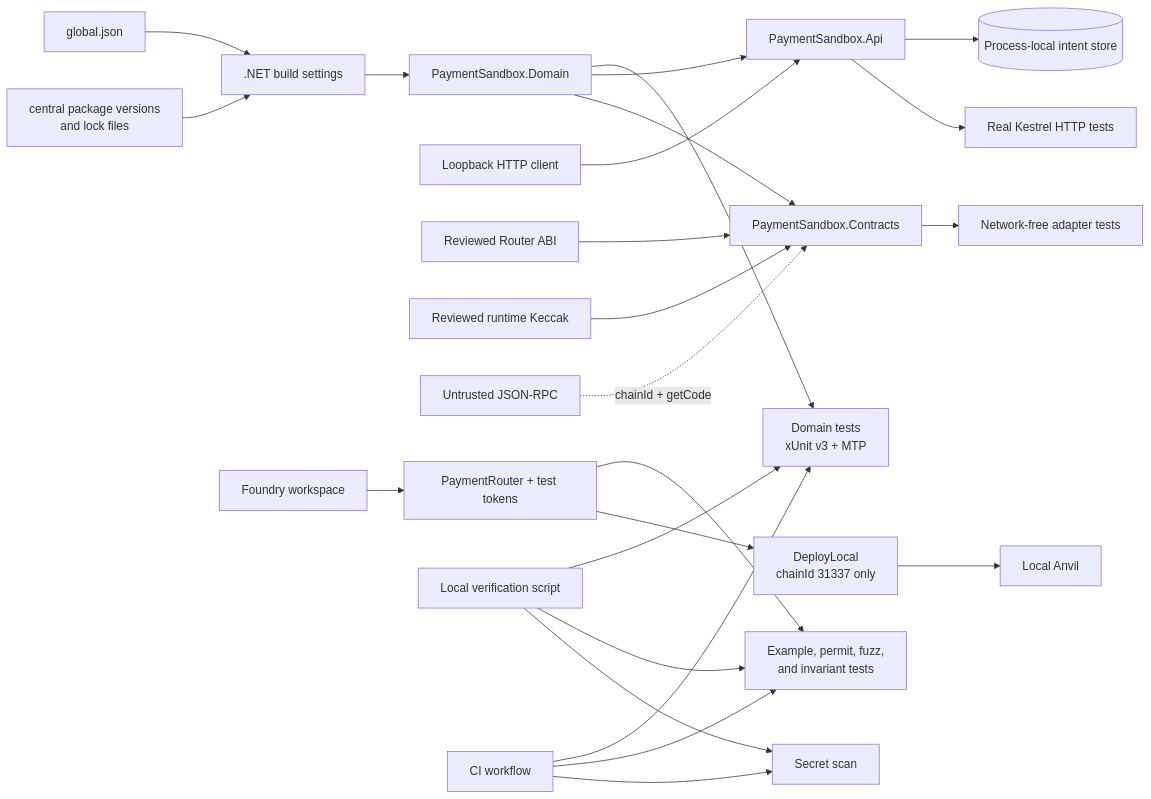
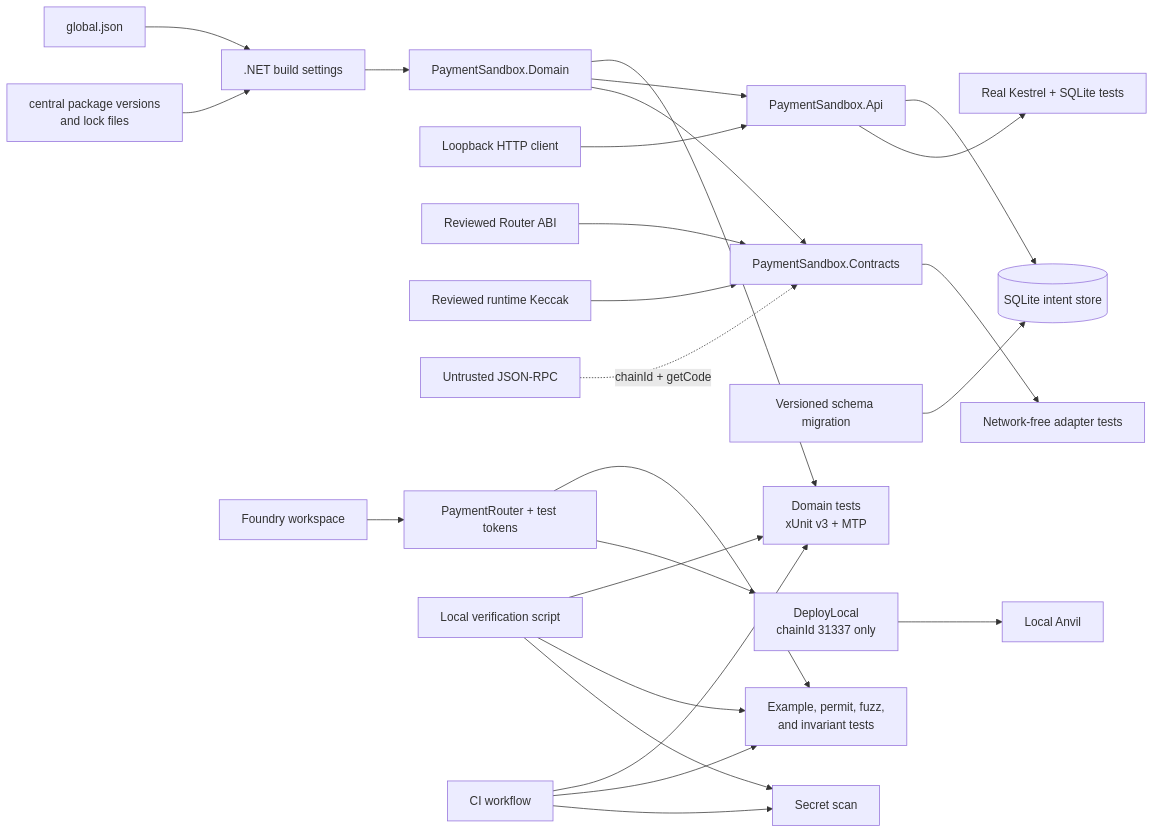
Before and after one commit to xiaocaiisxiaocai/dotnet-evm-payment-sandbox: the first of 2 diagrams in docs/architecture.md, drawn with Mermaid. The commit also changed other lines of this file and 22 other files, not shown here.

Commit message:
Add Week 7 durable SQLite intent storage

````diff
--- a/docs/architecture.md
+++ b/docs/architecture.md
@@ -14,28 +14,29 @@
 ```mermaid
 flowchart LR
     SDK[global.json] --> Build[.NET build settings]
     Packages[central package versions<br/>and lock files] --> Build
     Build --> Domain[PaymentSandbox.Domain]
     Domain --> DomainTests[Domain tests<br/>xUnit v3 + MTP]
     Domain --> API[PaymentSandbox.Api]
     Client[Loopback HTTP client] --> API
-    API --> Memory[(Process-local intent store)]
-    API --> APITests[Real Kestrel HTTP tests]
+    API --> SQLite[(SQLite intent store)]
+    Migration[Versioned schema migration] --> SQLite
+    API --> APITests[Real Kestrel + SQLite tests]
     Domain --> Contracts[PaymentSandbox.Contracts]
     ABI[Reviewed Router ABI] --> Contracts
     Baseline[Reviewed runtime Keccak] --> Contracts
     RPC[Untrusted JSON-RPC] -. chainId + getCode .-> Contracts
     Contracts --> ContractAdapterTests[Network-free adapter tests]
 
     Foundry[Foundry workspace] --> Router[PaymentRouter + test tokens]
     Router --> ContractChecks[Example, permit, fuzz,<br/>and invariant tests]
     Router --> Deploy[DeployLocal<br/>chainId 31337 only]
     Deploy --> Anvil[Local Anvil]
 
     Verify[Local verification script] --> DomainTests
     Verify --> ContractChecks
     Verify --> SecretScan[Secret scan]
     CI[CI workflow] --> DomainTests
     CI --> ContractChecks
     CI --> SecretScan
 ```
````
